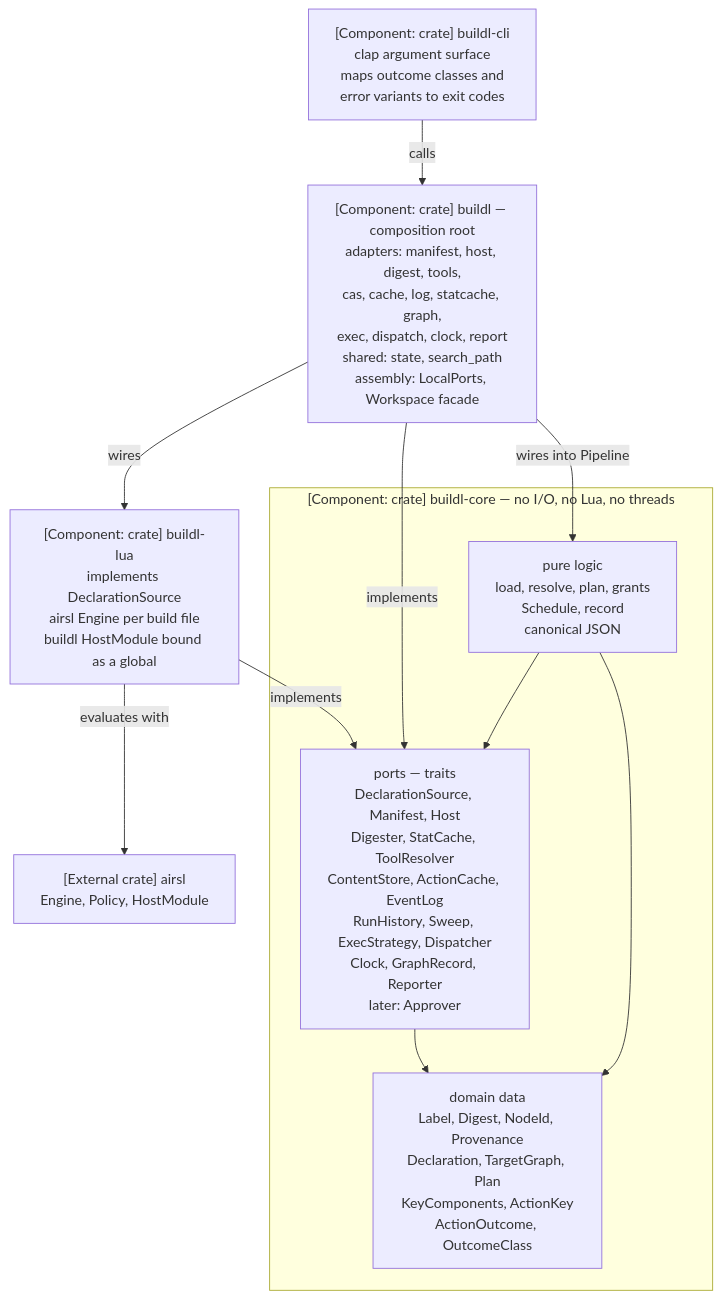
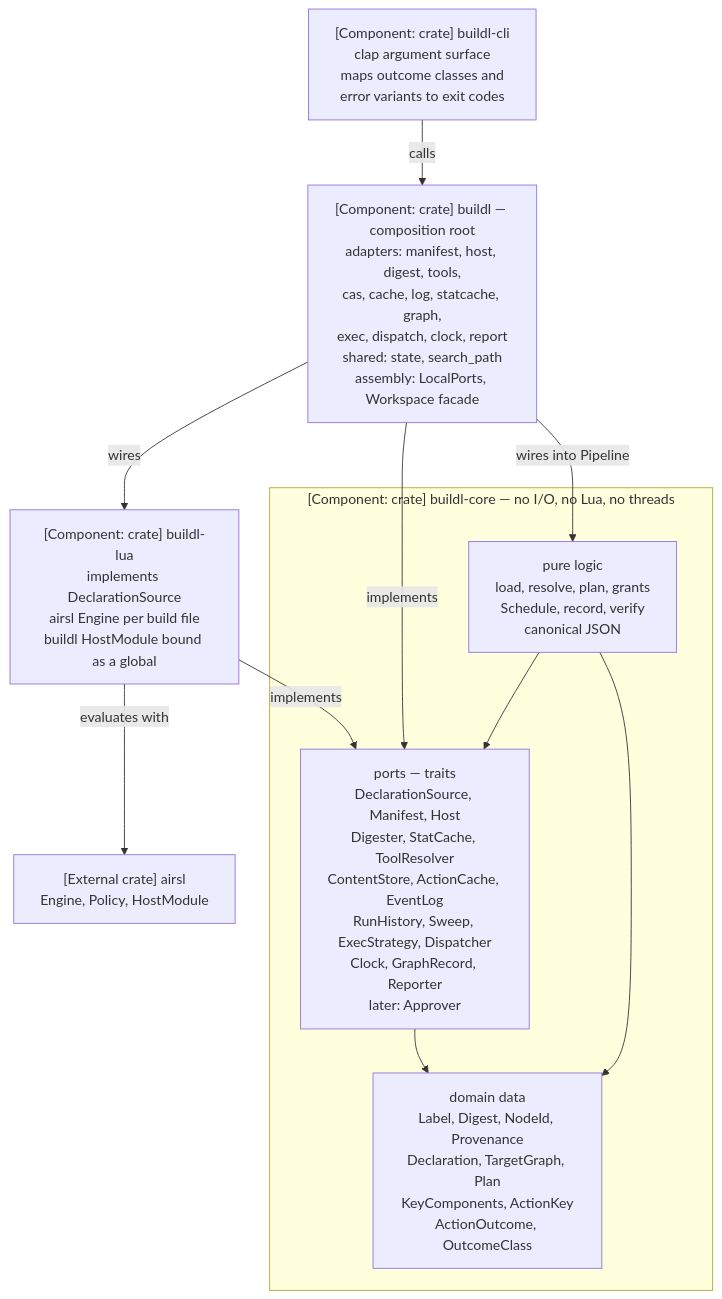
The fourth of 7 diagrams in docs/architecture-building-blocks.md (airsstack/buildl), drawn with Mermaid before and after one commit. The commit also changed other lines of this file and 88 other files, not shown here.

````diff
--- a/docs/architecture-building-blocks.md
+++ b/docs/architecture-building-blocks.md
@@ -102,22 +102,22 @@
 ```mermaid
 %% C4 level 3 — components inside the CLI process
 graph TD
     CLI["[Component: crate] buildl-cli<br/>clap argument surface<br/>maps outcome classes and<br/>error variants to exit codes"]
     LIB["[Component: crate] buildl — composition root<br/>adapters: manifest, host, digest, tools,<br/>cas, cache, log, statcache, graph,<br/>exec, dispatch, clock, report<br/>shared: state, search_path<br/>assembly: LocalPorts, Workspace facade"]
     LUA["[Component: crate] buildl-lua<br/>implements DeclarationSource<br/>airsl Engine per build file<br/>buildl HostModule bound as a global"]
     subgraph CORE["[Component: crate] buildl-core — no I/O, no Lua, no threads"]
         DATA["domain data<br/>Label, Digest, NodeId, Provenance<br/>Declaration, TargetGraph, Plan<br/>KeyComponents, ActionKey<br/>ActionOutcome, OutcomeClass"]
         PORTS["ports — traits<br/>DeclarationSource, Manifest, Host<br/>Digester, StatCache, ToolResolver<br/>ContentStore, ActionCache, EventLog<br/>RunHistory, Sweep, ExecStrategy, Dispatcher<br/>Clock, GraphRecord, Reporter<br/>later: Approver"]
-        LOGIC["pure logic<br/>load, resolve, plan, grants<br/>Schedule, record<br/>canonical JSON"]
+        LOGIC["pure logic<br/>load, resolve, plan, grants<br/>Schedule, record, verify<br/>canonical JSON"]
     end
     AIRSL["[External crate] airsl<br/>Engine, Policy, HostModule"]
     CLI -->|"calls"| LIB
     LIB -->|"wires"| LUA
     LIB -->|"implements"| PORTS
     LIB -->|"wires into Pipeline"| LOGIC
     LUA -->|"implements"| PORTS
     LUA -->|"evaluates with"| AIRSL
     LOGIC --> PORTS
     LOGIC --> DATA
     PORTS --> DATA
 ```
````
